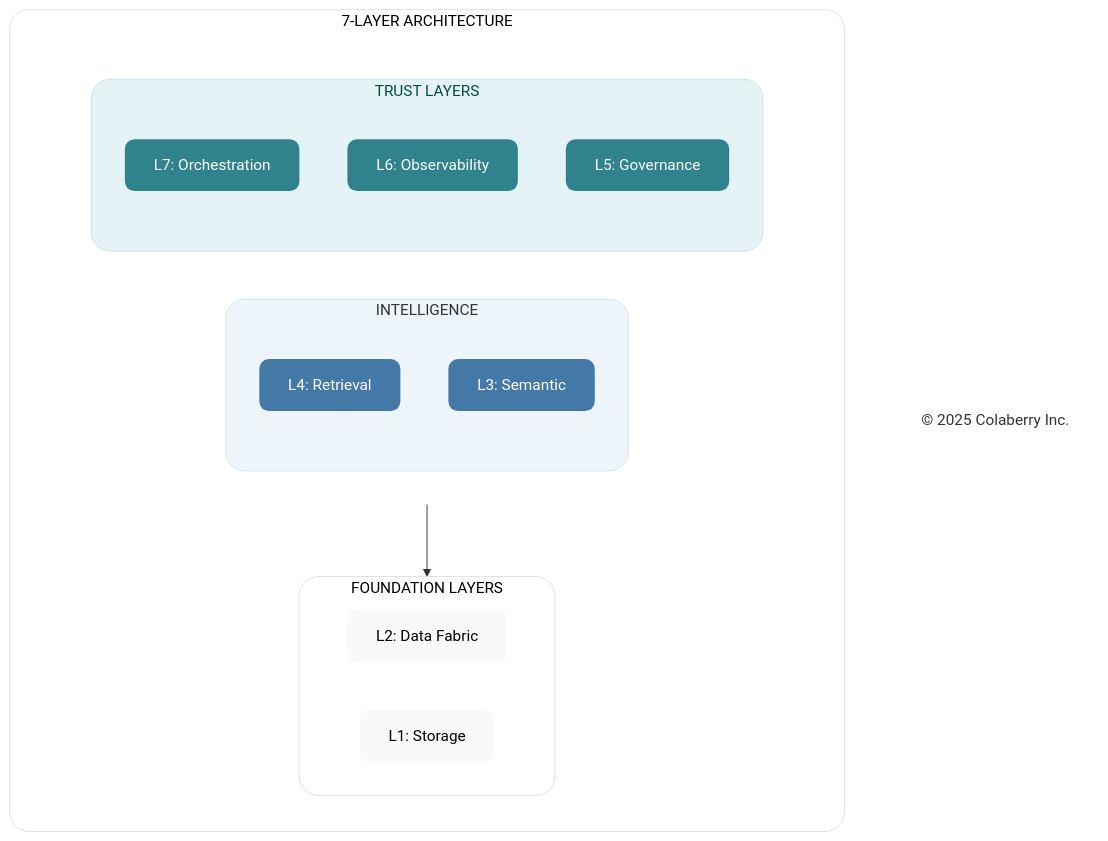
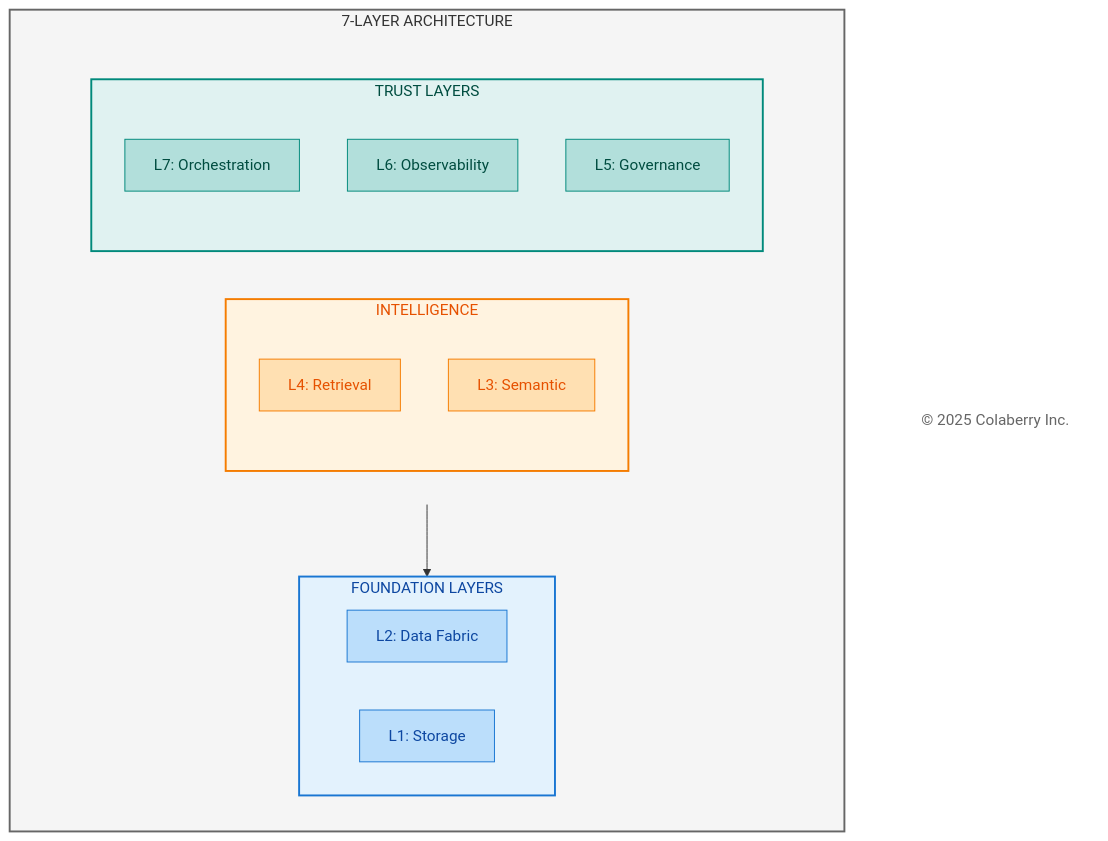
One commit to saitejesh-cyber/trust-before-intelligence-book changed the fourth of 5 diagrams in manuscript/12_chapter_11_technology_selection_guide.md. Above: the diagram before and after it, drawn with Mermaid. The commit also changed other lines of this file and 12 other files, not shown here.

Commit message:
Restore legacy Mermaid styles for Option 1

````diff
--- a/manuscript/12_chapter_11_technology_selection_guide.md
+++ b/manuscript/12_chapter_11_technology_selection_guide.md
@@ -330,49 +330,49 @@
 ```mermaid
 
 graph TB
     subgraph STACK["7-LAYER ARCHITECTURE"]
         direction TB
         subgraph ROW1[" "]
             direction LR
             subgraph INTEL["INTELLIGENCE"]
                 direction TB
                 L4["L4: Retrieval"]
                 L3["L3: Semantic"]
             end
 
             subgraph TRUST["TRUST LAYERS"]
                 direction TB
                 L7["L7: Orchestration"]
                 L6["L6: Observability"]
                 L5["L5: Governance"]
             end
             
         end
         
         subgraph FOUND["FOUNDATION LAYERS"]
             direction LR
             L2["L2: Data Fabric"]
             L1["L1: Storage"]
         end
     end
     
     Copyright["© 2025 Colaberry Inc."]
     
     ROW1 --> FOUND
     
-    style STACK fill:#ffffff,stroke:#e0e0e0,stroke-width:1px,color:#000000,rx:20,ry:20
+    style STACK fill:#f5f5f5,stroke:#666666,stroke-width:2px,color:#333333
     style ROW1 fill:none,stroke:none
-    style TRUST fill:#e6f3f6,stroke:#c7e3ea,stroke-width:1px,color:#004d40,rx:20,ry:20
-    style INTEL fill:#edf4fa,stroke:#d6e4f2,stroke-width:1px,color:#333333,rx:20,ry:20
-    style FOUND fill:#ffffff,stroke:#e0e0e0,stroke-width:1px,color:#000000,rx:20,ry:20
-    style L7 fill:#30838C,stroke:none,color:#ffffff,rx:10,ry:10
-    style L6 fill:#30838C,stroke:none,color:#ffffff,rx:10,ry:10
-    style L5 fill:#30838C,stroke:none,color:#ffffff,rx:10,ry:10
-    style L4 fill:#4478A6,stroke:none,color:#ffffff,rx:10,ry:10
-    style L3 fill:#4478A6,stroke:none,color:#ffffff,rx:10,ry:10
-    style L2 fill:#f9f9f9,stroke:none,color:#000000,rx:10,ry:10
-    style L1 fill:#f9f9f9,stroke:none,color:#000000,rx:10,ry:10
-    style Copyright fill:none,stroke:none,color:#333333
+    style TRUST fill:#e0f2f1,stroke:#00897b,stroke-width:2px,color:#004d40
+    style INTEL fill:#fff3e0,stroke:#f57c00,stroke-width:2px,color:#e65100
+    style FOUND fill:#e3f2fd,stroke:#1976d2,stroke-width:2px,color:#0d47a1
+    style L7 fill:#b2dfdb,stroke:#00897b,color:#004d40
+    style L6 fill:#b2dfdb,stroke:#00897b,color:#004d40
+    style L5 fill:#b2dfdb,stroke:#00897b,color:#004d40
+    style L4 fill:#ffe0b2,stroke:#f57c00,color:#e65100
+    style L3 fill:#ffe0b2,stroke:#f57c00,color:#e65100
+    style L2 fill:#bbdefb,stroke:#1976d2,color:#0d47a1
+    style L1 fill:#bbdefb,stroke:#1976d2,color:#0d47a1
+    style Copyright fill:#ffffff,stroke:none,color:#666666
 
 
 ```
````
